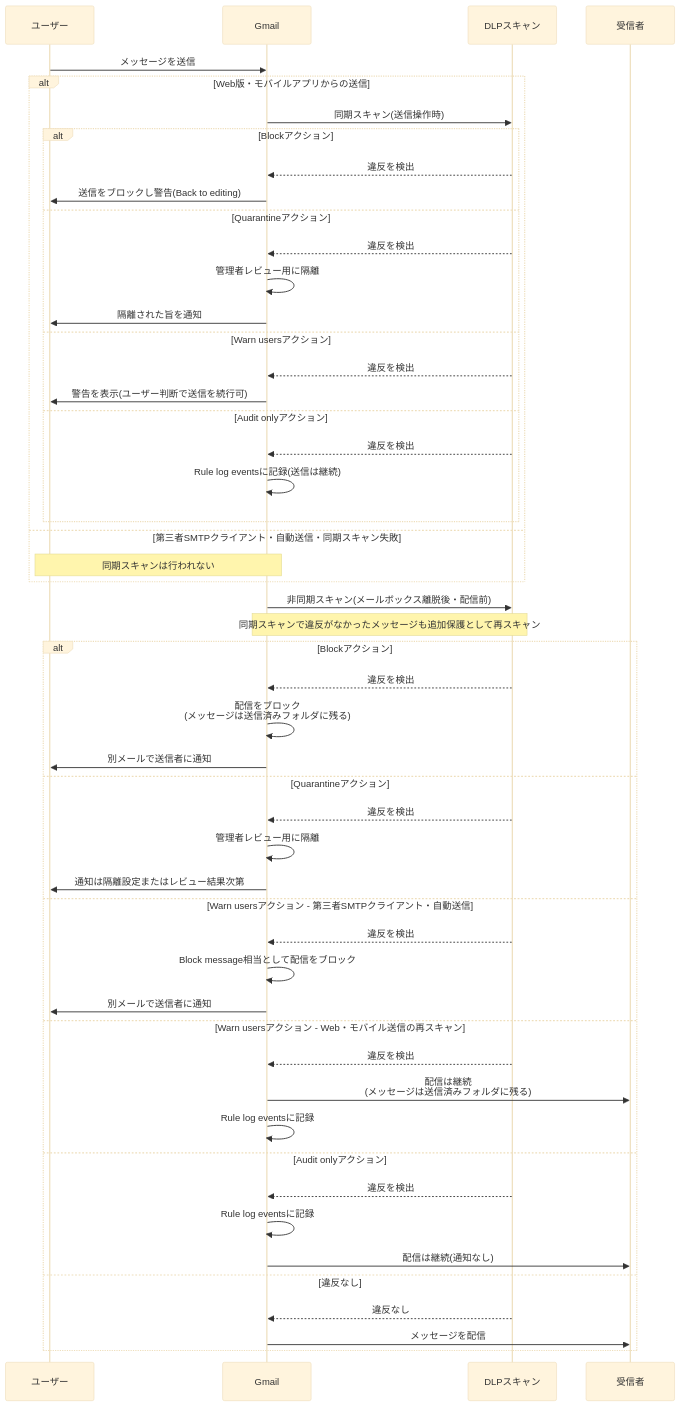
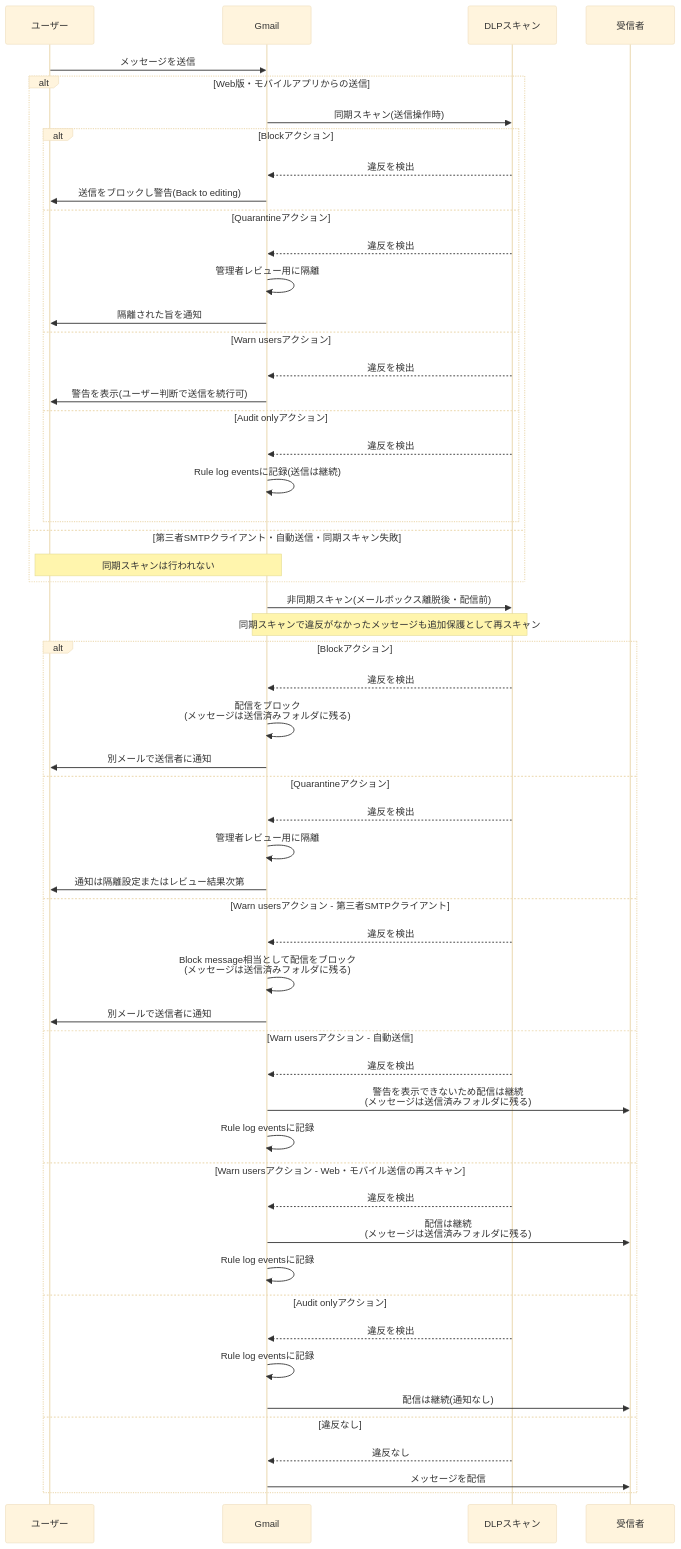
The sixth of 10 diagrams in archive/Gcl/Associate-Google-Workspace-Administrator/md/Agwa-section3-data-governance.md (myoshi2891/Cloud-Infrastructure-Studies), drawn with Mermaid (base theme) before and after one commit. The commit also changed 2 other files, not shown here.

Commit message:
fix(agwa): update DLP sequence diagram for third-party SMTP and automated sending actions

````diff
--- a/archive/Gcl/Associate-Google-Workspace-Administrator/md/Agwa-section3-data-governance.md
+++ b/archive/Gcl/Associate-Google-Workspace-Administrator/md/Agwa-section3-data-governance.md
@@ -326,53 +326,57 @@
 ```mermaid
 sequenceDiagram
     participant U as ユーザー
     participant G as Gmail
     participant D as DLPスキャン
     participant R as 受信者
     U->>G: メッセージを送信
     alt Web版・モバイルアプリからの送信
         G->>D: 同期スキャン(送信操作時)
         alt Blockアクション
             D-->>G: 違反を検出
             G->>U: 送信をブロックし警告(Back to editing)
         else Quarantineアクション
             D-->>G: 違反を検出
             G->>G: 管理者レビュー用に隔離
             G->>U: 隔離された旨を通知
         else Warn usersアクション
             D-->>G: 違反を検出
             G->>U: 警告を表示(ユーザー判断で送信を続行可)
         else Audit onlyアクション
             D-->>G: 違反を検出
             G->>G: Rule log eventsに記録(送信は継続)
         end
     else 第三者SMTPクライアント・自動送信・同期スキャン失敗
         Note over U,G: 同期スキャンは行われない
     end
     G->>D: 非同期スキャン(メールボックス離脱後・配信前)
     Note over G,D: 同期スキャンで違反がなかったメッセージも追加保護として再スキャン
     alt Blockアクション
         D-->>G: 違反を検出
         G->>G: 配信をブロック<br/>(メッセージは送信済みフォルダに残る)
         G->>U: 別メールで送信者に通知
     else Quarantineアクション
         D-->>G: 違反を検出
         G->>G: 管理者レビュー用に隔離
         G->>U: 通知は隔離設定またはレビュー結果次第
-    else Warn usersアクション - 第三者SMTPクライアント・自動送信
+    else Warn usersアクション - 第三者SMTPクライアント
         D-->>G: 違反を検出
-        G->>G: Block message相当として配信をブロック
+        G->>G: Block message相当として配信をブロック<br/>(メッセージは送信済みフォルダに残る)
         G->>U: 別メールで送信者に通知
+    else Warn usersアクション - 自動送信
+        D-->>G: 違反を検出
+        G->>R: 警告を表示できないため配信は継続<br/>(メッセージは送信済みフォルダに残る)
+        G->>G: Rule log eventsに記録
     else Warn usersアクション - Web・モバイル送信の再スキャン
         D-->>G: 違反を検出
         G->>R: 配信は継続<br/>(メッセージは送信済みフォルダに残る)
         G->>G: Rule log eventsに記録
     else Audit onlyアクション
         D-->>G: 違反を検出
         G->>G: Rule log eventsに記録
         G->>R: 配信は継続(通知なし)
     else 違反なし
         D-->>G: 違反なし
         G->>R: メッセージを配信
     end
 ```
````
